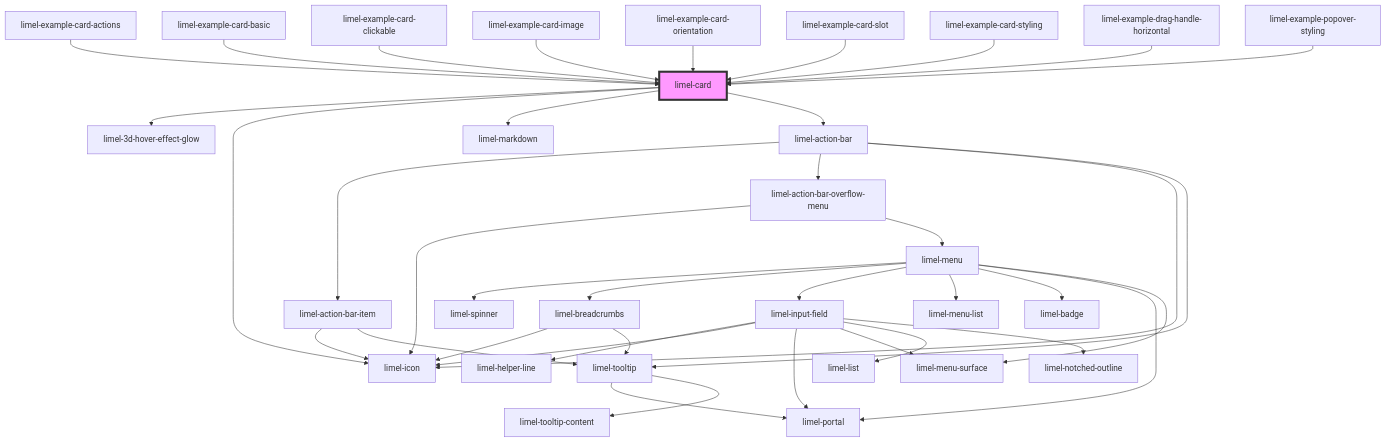
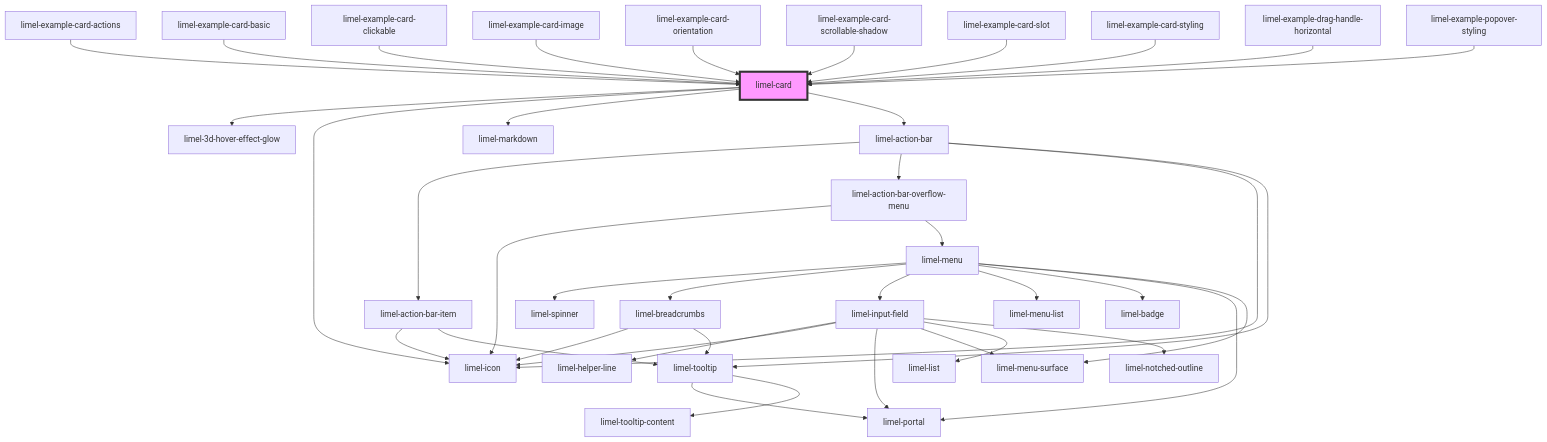
One commit to Lundalogik/lime-elements changed the diagram in versions/PR-3818/markdown-docs/components/card/readme.md. Above: the diagram before and after it, drawn with Mermaid. The commit also changed other lines of this file and 24 other files, not shown here.

````diff
--- a/versions/PR-3818/markdown-docs/components/card/readme.md
+++ b/versions/PR-3818/markdown-docs/components/card/readme.md
@@ -57,42 +58,43 @@
 ```mermaid
 graph TD;
   limel-card --> limel-3d-hover-effect-glow
   limel-card --> limel-icon
   limel-card --> limel-markdown
   limel-card --> limel-action-bar
   limel-action-bar --> limel-action-bar-item
   limel-action-bar --> limel-action-bar-overflow-menu
   limel-action-bar --> limel-icon
   limel-action-bar --> limel-tooltip
   limel-action-bar-item --> limel-icon
   limel-action-bar-item --> limel-tooltip
   limel-tooltip --> limel-portal
   limel-tooltip --> limel-tooltip-content
   limel-action-bar-overflow-menu --> limel-icon
   limel-action-bar-overflow-menu --> limel-menu
   limel-menu --> limel-spinner
   limel-menu --> limel-breadcrumbs
   limel-menu --> limel-input-field
   limel-menu --> limel-menu-list
   limel-menu --> limel-badge
   limel-menu --> limel-portal
   limel-menu --> limel-menu-surface
   limel-breadcrumbs --> limel-icon
   limel-breadcrumbs --> limel-tooltip
   limel-input-field --> limel-helper-line
   limel-input-field --> limel-icon
   limel-input-field --> limel-portal
   limel-input-field --> limel-menu-surface
   limel-input-field --> limel-list
   limel-input-field --> limel-notched-outline
   limel-example-card-actions --> limel-card
   limel-example-card-basic --> limel-card
   limel-example-card-clickable --> limel-card
   limel-example-card-image --> limel-card
   limel-example-card-orientation --> limel-card
+  limel-example-card-scrollable-shadow --> limel-card
   limel-example-card-slot --> limel-card
   limel-example-card-styling --> limel-card
   limel-example-drag-handle-horizontal --> limel-card
   limel-example-popover-styling --> limel-card
   style limel-card fill:#f9f,stroke:#333,stroke-width:4px
 ```
````
